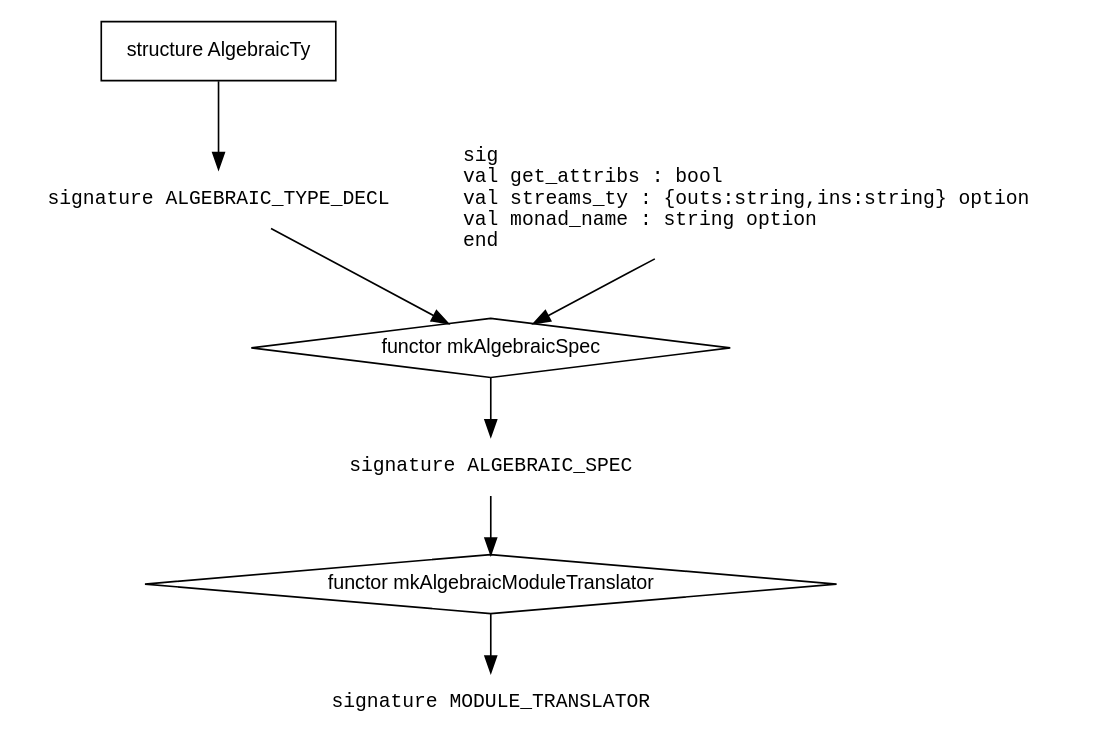
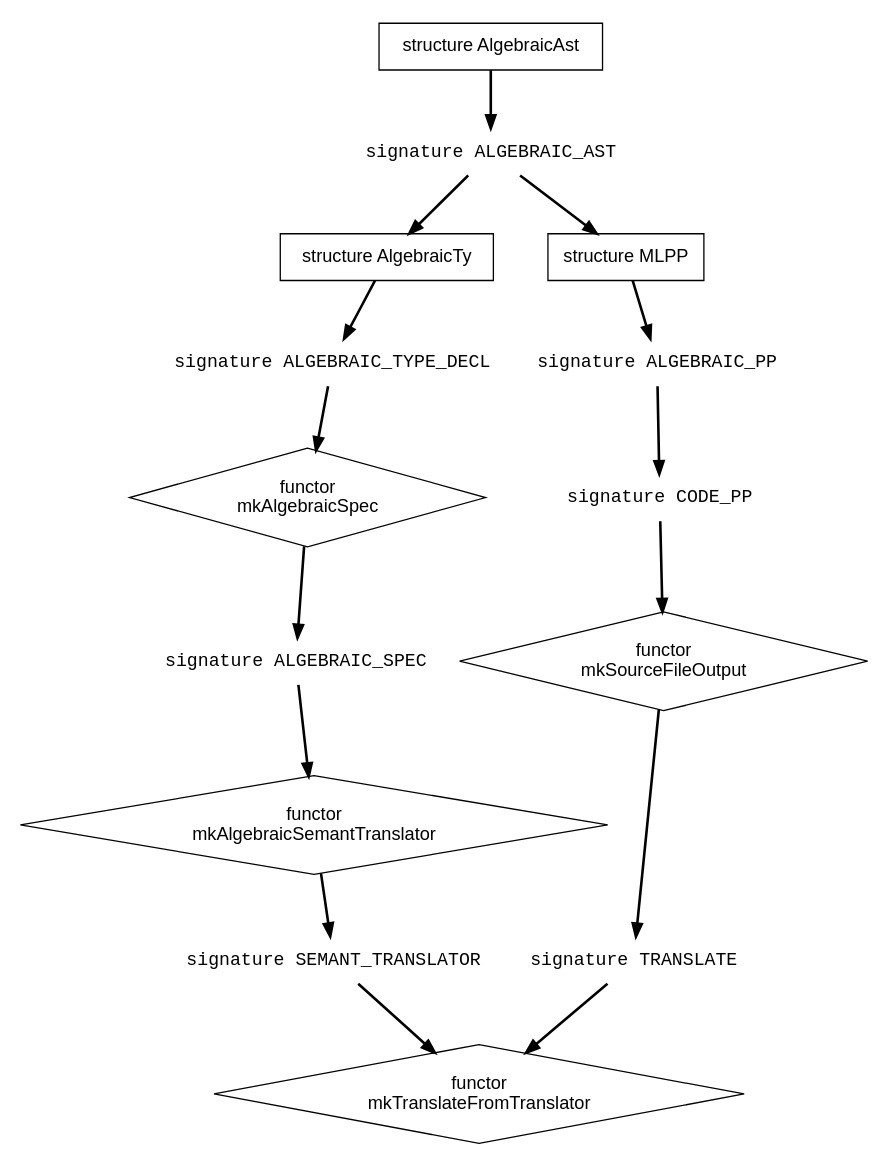
Before and after one commit to Techcable/asdl-archive: the diagram in asdlGen/src/doc/internals/lang-spec.dot, drawn with Graphviz. The commit also changed 38 other files, not shown here.

```diff
--- a/asdlGen/src/doc/internals/lang-spec.dot
+++ b/asdlGen/src/doc/internals/lang-spec.dot
@@ -1,30 +1,47 @@
 digraph G {
-ratio=fill;
-size="7.5,5";
-graph [fontname = "Helvetica"];
-node [fontname = "Helvetica",fontsize="12"];
+graph [size="6,8",ratio="fill"];
+node [fontname = "Helvetica",fontsize="14"];
 
 node [shape = "diamond"];
-"functor mkAlgebraicSpec"
-"functor mkAlgebraicModuleTranslator"
+ mk_spec [label="functor\nmkAlgebraicSpec"];
+ mk_semant_trans [label="functor\nmkAlgebraicSemantTranslator"];
+ mk_trans [label="functor\nmkTranslateFromTranslator"];
+ mk_src [label="functor\nmkSourceFileOutput"];
 
 node [shape = "box"];
-"structure AlgebraicTy" 
+ ty_struct [label="structure AlgebraicTy"];
+ ast_struct [label="structure AlgebraicAst"];
+ mlpp_struct [label="structure MLPP"];
+node [fontname = "Courier", shape = "plaintext" ]; 
+ ast_sig [label="signature ALGEBRAIC_AST"];
+ semant_trans_sig [label="signature SEMANT_TRANSLATOR"];
+ spec_sig [label="signature ALGEBRAIC_SPEC"];
+ ty_decl_sig [label="signature ALGEBRAIC_TYPE_DECL"];
+ trans_sig [label="signature TRANSLATE"];
+ code_pp_sig [label="signature CODE_PP"];
+ algebraic_pp_sig [label="signature ALGEBRAIC_PP"];
+/* algebraic_spec_args 
+[label="sig\l val get_attribs : bool\l val streams_ty : {outs:string,ins:string} option\l val monad_name : string option\lend\l"]
+*/
+edge [style = "bold"]
+/*algebraic_spec_args -> mk_spec*/
 
-node [fontname="Courier",shape = "plaintext"];
- "signature MODULE_TRANSLATOR"
- "signature ALGEBRAIC_SPEC"
- "signature ALGEBRAIC_TYPE_DECL"
- algebraic_spec_args 
-[label="sig\l val get_attribs : bool\l val streams_ty : {outs:string,ins:string} option\l val monad_name : string option\lend\l"]
+mlpp_struct -> algebraic_pp_sig
+ast_struct -> ast_sig
+ast_sig -> ty_struct 
+ast_sig -> mlpp_struct
 
+algebraic_pp_sig -> code_pp_sig
+ty_struct -> ty_decl_sig
+-> mk_spec 
+-> spec_sig
+-> mk_semant_trans
+-> semant_trans_sig
 
-"structure AlgebraicTy" 
--> "signature ALGEBRAIC_TYPE_DECL"
--> "functor mkAlgebraicSpec" 
--> "signature ALGEBRAIC_SPEC"
--> "functor mkAlgebraicModuleTranslator"
--> "signature MODULE_TRANSLATOR"
+semant_trans_sig -> mk_trans
+trans_sig -> mk_trans
+mk_src -> trans_sig
 
-algebraic_spec_args -> "functor mkAlgebraicSpec" 
+code_pp_sig -> mk_src
+
 }
```
